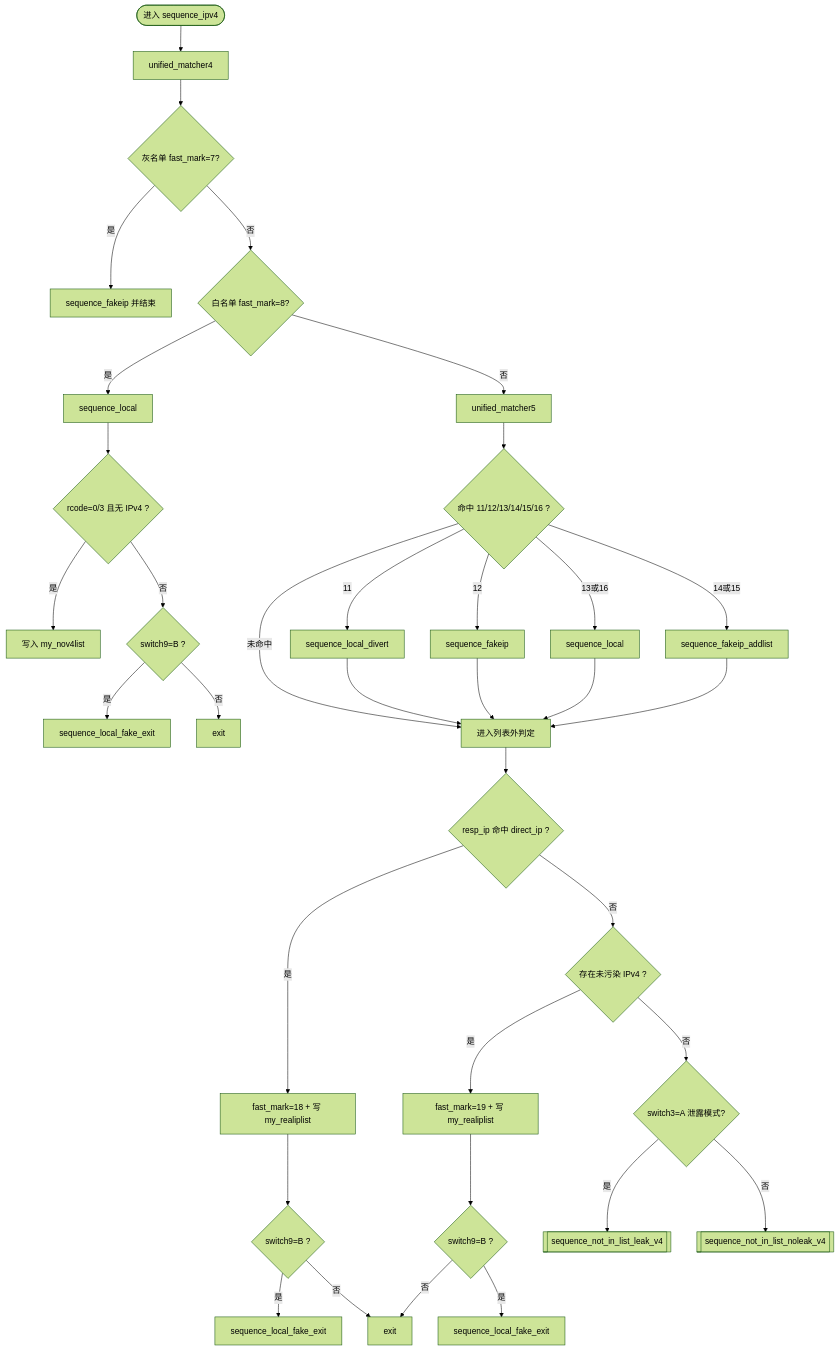
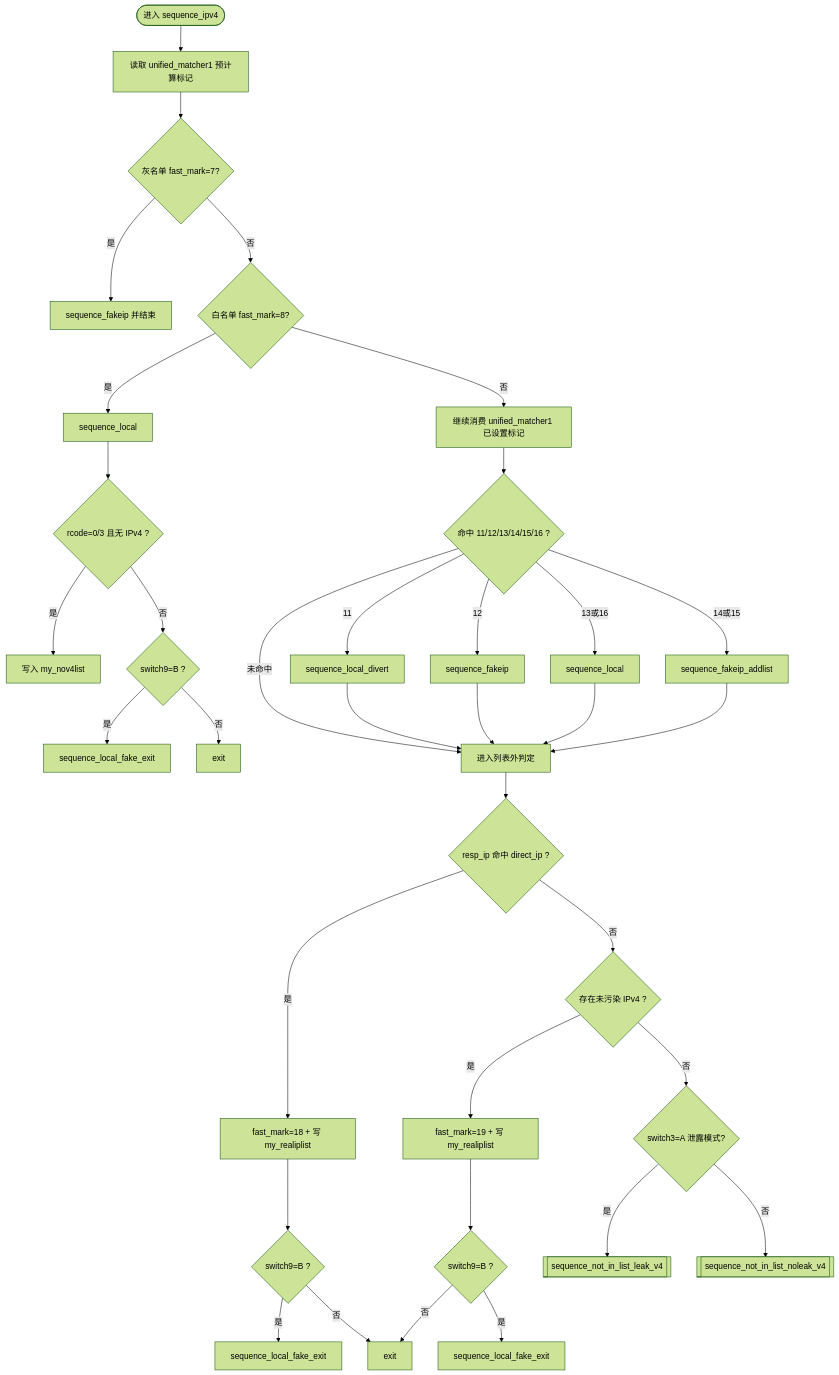
Before and after one commit to msm9527/mosdns: the second of 5 diagrams in docs/DNS_FLOW_VISUAL_ORDER.md, drawn with Mermaid (forest theme). The commit also changed other lines of this file and 2 other files, not shown here.

Commit message:
补充 switch15 快路径测试与流程文档 / Add switch15 fast-path tests and flow docs

````diff
--- a/docs/DNS_FLOW_VISUAL_ORDER.md
+++ b/docs/DNS_FLOW_VISUAL_ORDER.md
@@ -44,44 +44,44 @@
 ```mermaid
 flowchart TB
-    B0([进入 sequence_ipv4]) --> B1[unified_matcher4]
+    B0([进入 sequence_ipv4]) --> B1[读取 unified_matcher1 预计算标记]
     B1 --> B2{灰名单 fast_mark=7?}
     B2 -- 是 --> B3[sequence_fakeip 并结束]
     B2 -- 否 --> B4{白名单 fast_mark=8?}
     B4 -- 是 --> B5[sequence_local]
-    B4 -- 否 --> B9[unified_matcher5]
+    B4 -- 否 --> B9[继续消费 unified_matcher1 已设置标记]
 
     B5 --> B6{rcode=0/3 且无 IPv4 ?}
     B6 -- 是 --> B7[写入 my_nov4list]
     B6 -- 否 --> B8{switch9=B ?}
     B8 -- 是 --> B8A[sequence_local_fake_exit]
     B8 -- 否 --> B8B[exit]
 
     B9 --> B10{命中 11/12/13/14/15/16 ?}
     B10 -- 11 --> B11[sequence_local_divert]
     B10 -- 12 --> B12[sequence_fakeip]
     B10 -- 13或16 --> B13[sequence_local]
     B10 -- 14或15 --> B14[sequence_fakeip_addlist]
     B10 -- 未命中 --> B15[进入列表外判定]
 
     B11 --> B15
     B12 --> B15
     B13 --> B15
     B14 --> B15
 
     B15 --> B16{resp_ip 命中 direct_ip ?}
     B16 -- 是 --> B17[fast_mark=18 + 写 my_realiplist]
     B16 -- 否 --> B20{存在未污染 IPv4 ?}
 
     B17 --> B18{switch9=B ?}
     B18 -- 是 --> B19[sequence_local_fake_exit]
     B18 -- 否 --> BEND[exit]
 
     B20 -- 是 --> B21[fast_mark=19 + 写 my_realiplist]
     B20 -- 否 --> B22{switch3=A 泄露模式?}
     B21 --> B23{switch9=B ?}
     B23 -- 是 --> B24[sequence_local_fake_exit]
     B23 -- 否 --> BEND
 
     B22 -- 是 --> B25[[sequence_not_in_list_leak_v4]]
     B22 -- 否 --> B26[[sequence_not_in_list_noleak_v4]]
 ```
````
